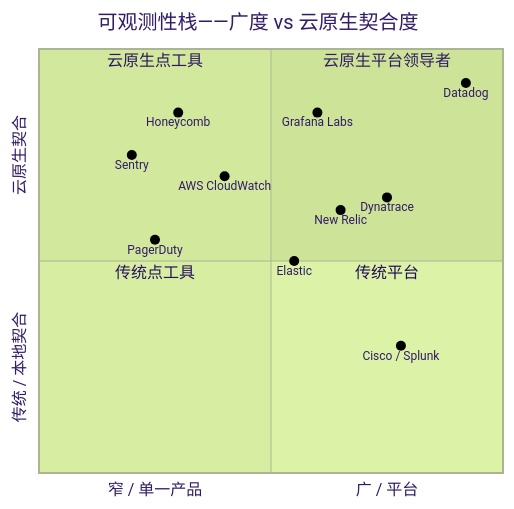
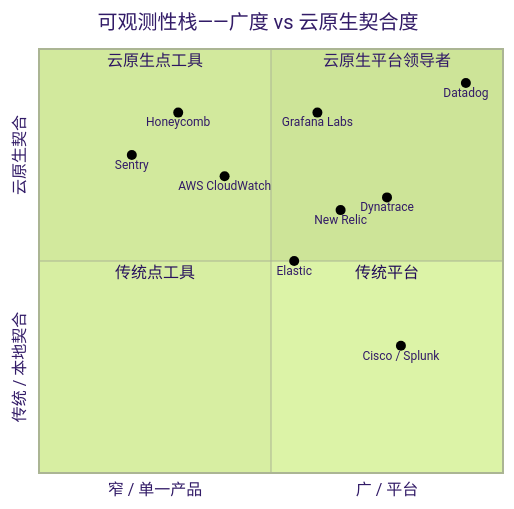
One commit to dadachundan/financial_agent changed the third of 4 diagrams in reports/company/Datadog_NASDAQ_DDOG/Datadog_NASDAQ_DDOG_公司研究.md. Above: the diagram before and after it, drawn with Mermaid (forest theme). The commit also changed other lines of this file and 10 other files, not shown here.

````diff
--- a/reports/company/Datadog_NASDAQ_DDOG/Datadog_NASDAQ_DDOG_公司研究.md
+++ b/reports/company/Datadog_NASDAQ_DDOG/Datadog_NASDAQ_DDOG_公司研究.md
@@ -390,20 +749,19 @@
 ```mermaid
 quadrantChart
     title 可观测性栈——广度 vs 云原生契合度
     x-axis "窄 / 单一产品" --> "广 / 平台"
     y-axis "传统 / 本地契合" --> "云原生契合"
     quadrant-1 云原生平台领导者
     quadrant-2 云原生点工具
     quadrant-3 传统点工具
     quadrant-4 传统平台
     Datadog: [0.92, 0.92]
     Dynatrace: [0.75, 0.65]
     "Cisco / Splunk": [0.78, 0.30]
     "New Relic": [0.65, 0.62]
     Elastic: [0.55, 0.50]
     Grafana Labs: [0.60, 0.85]
     Honeycomb: [0.30, 0.85]
     Sentry: [0.20, 0.75]
-    PagerDuty: [0.25, 0.55]
     "AWS CloudWatch": [0.40, 0.70]
 ```
````
